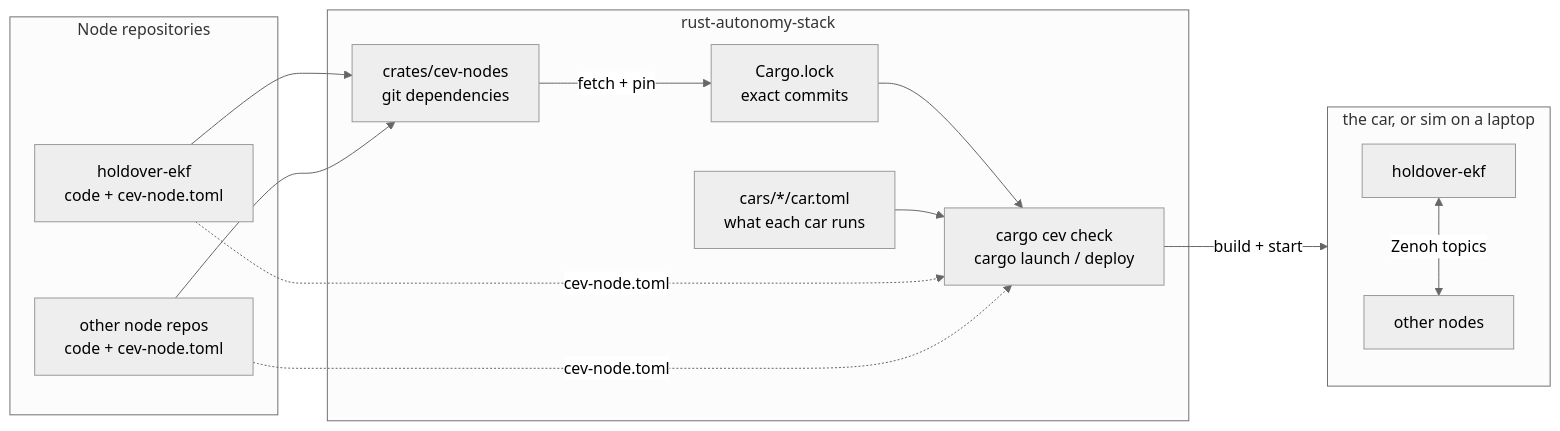
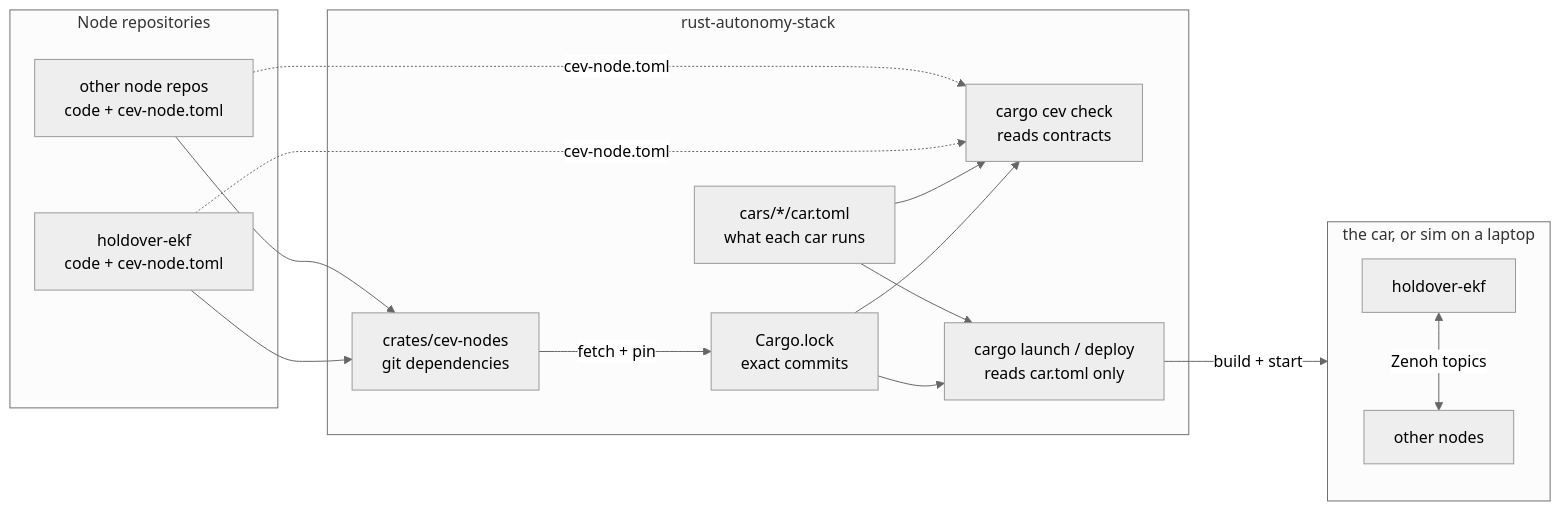
One commit to cornellev/rust-autonomy-stack changed the diagram in docs/README.md. Above: the diagram before and after it, drawn with Mermaid (neutral theme). The commit also changed other lines of this file and 4 other files, not shown here.

First line of the commit message:
docs: say plainly that only `cargo cev check` reads contracts

````diff
--- a/docs/README.md
+++ b/docs/README.md
@@ -63,24 +64,27 @@
 ```mermaid
 flowchart LR
     subgraph repos["Node repositories"]
         ekf["holdover-ekf<br/>code + cev-node.toml"]
         other["other node repos<br/>code + cev-node.toml"]
     end
     subgraph stack["rust-autonomy-stack"]
         nodes["crates/cev-nodes<br/>git dependencies"]
         lock["Cargo.lock<br/>exact commits"]
         cars["cars/*/car.toml<br/>what each car runs"]
-        cev["cargo cev check<br/>cargo launch / deploy"]
+        check["cargo cev check<br/>reads contracts"]
+        run["cargo launch / deploy<br/>reads car.toml only"]
     end
     subgraph car["the car, or sim on a laptop"]
         n1["holdover-ekf"] <-- "Zenoh topics" --> n2["other nodes"]
     end
     ekf --> nodes
     other --> nodes
     nodes -- "fetch + pin" --> lock
-    lock --> cev
-    cars --> cev
-    ekf -. "cev-node.toml" .-> cev
-    other -. "cev-node.toml" .-> cev
-    cev -- "build + start" --> car
+    lock --> check
+    cars --> check
+    ekf -. "cev-node.toml" .-> check
+    other -. "cev-node.toml" .-> check
+    lock --> run
+    cars --> run
+    run -- "build + start" --> car
 ```
````
